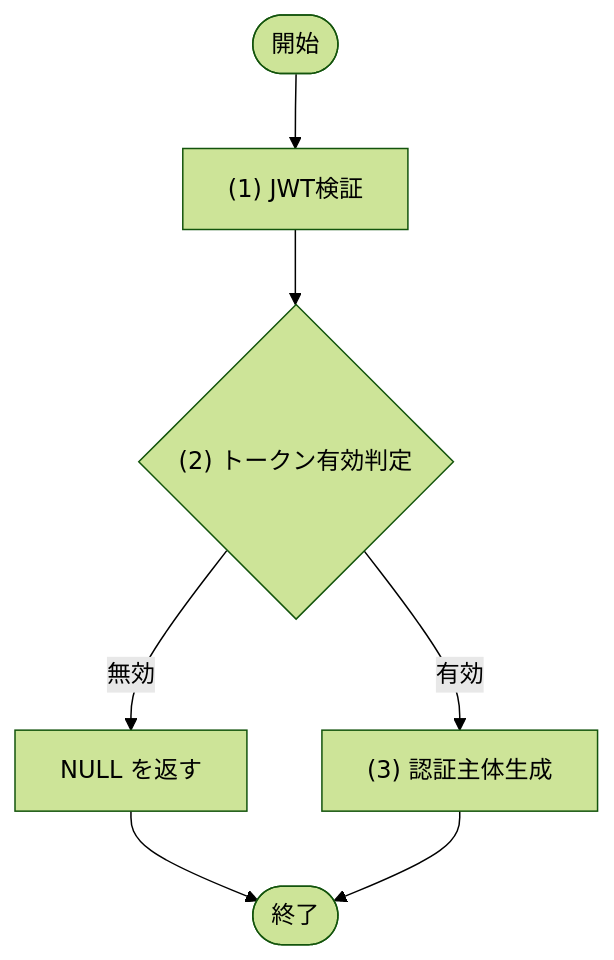
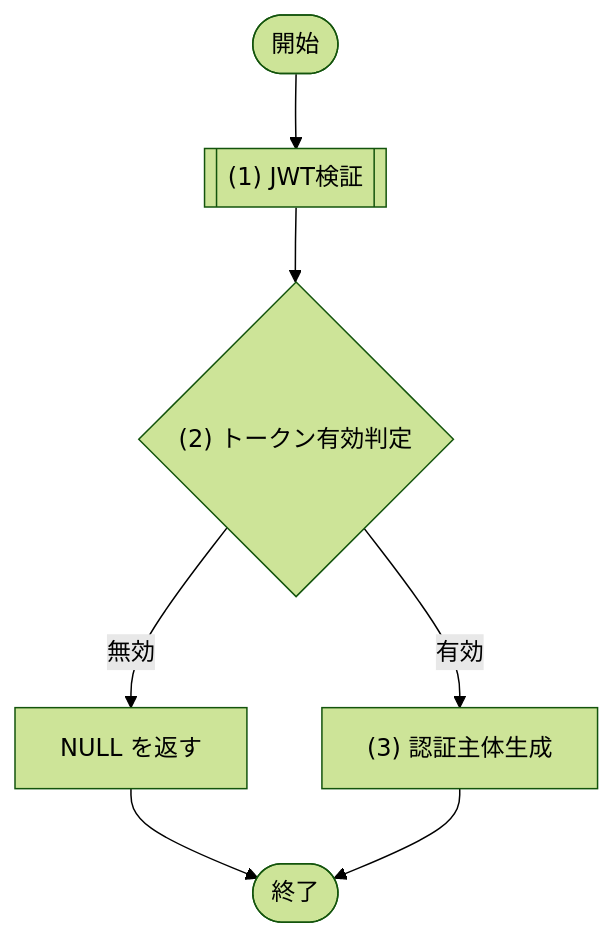
The second of 2 diagrams in docs/03_機能設計/05_モジュール設計/MOD-001_認証サービス.md (sikakou54/system-document-template), drawn with Mermaid (forest theme) before and after one commit. The commit also changed other lines of this file and 28 other files, not shown here.

````diff
--- a/docs/03_機能設計/05_モジュール設計/MOD-001_認証サービス.md
+++ b/docs/03_機能設計/05_モジュール設計/MOD-001_認証サービス.md
@@ -173,13 +173,13 @@
 ```mermaid
 flowchart TD
   Start([開始])
-  P1["(1) JWT検証"]
+  P1[["(1) JWT検証"]]
   D1{"(2) トークン有効判定"}
   P2["(3) 認証主体生成"]
   E1["NULL を返す"]
   End([終了])
 
   Start --> P1 --> D1
   D1 -- "無効" --> E1 --> End
   D1 -- "有効" --> P2 --> End
 ```
````
